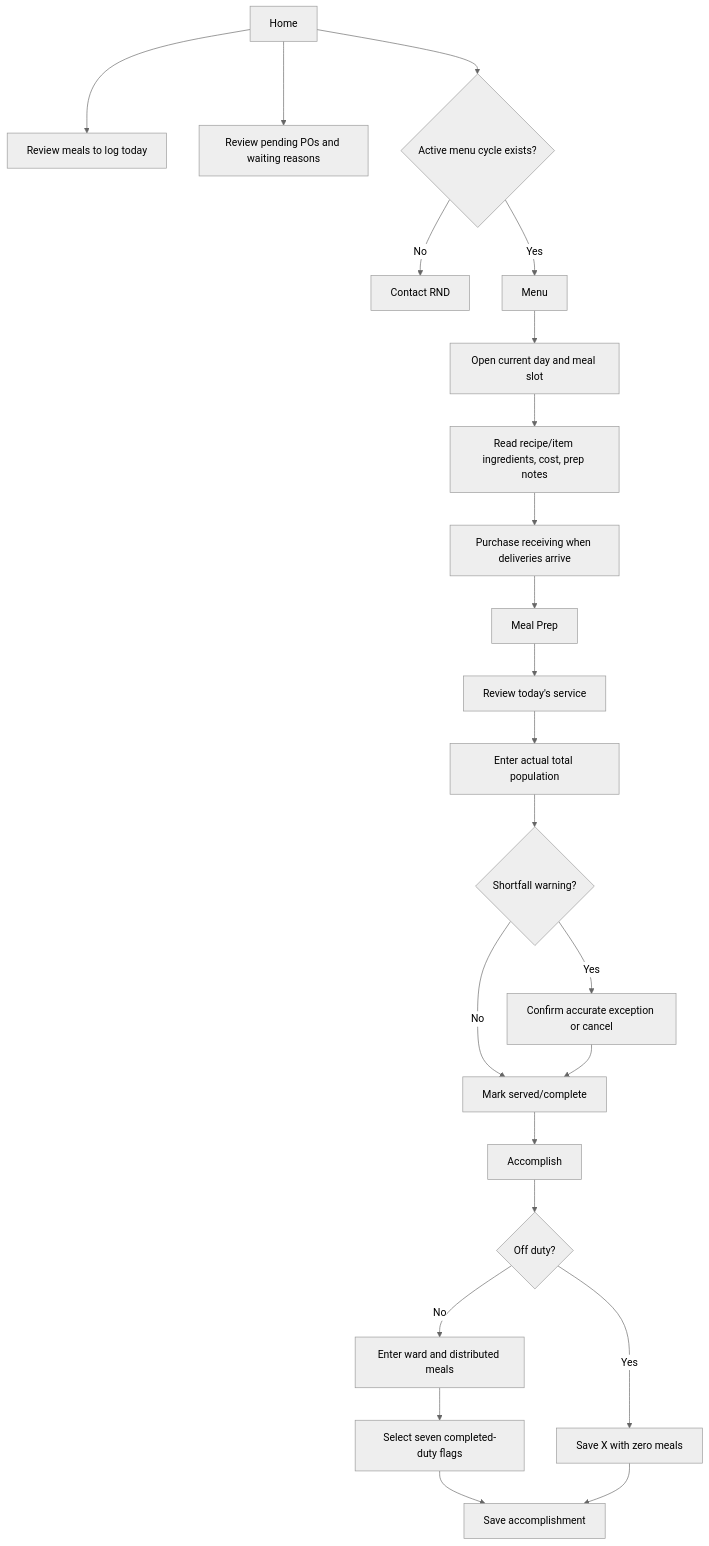
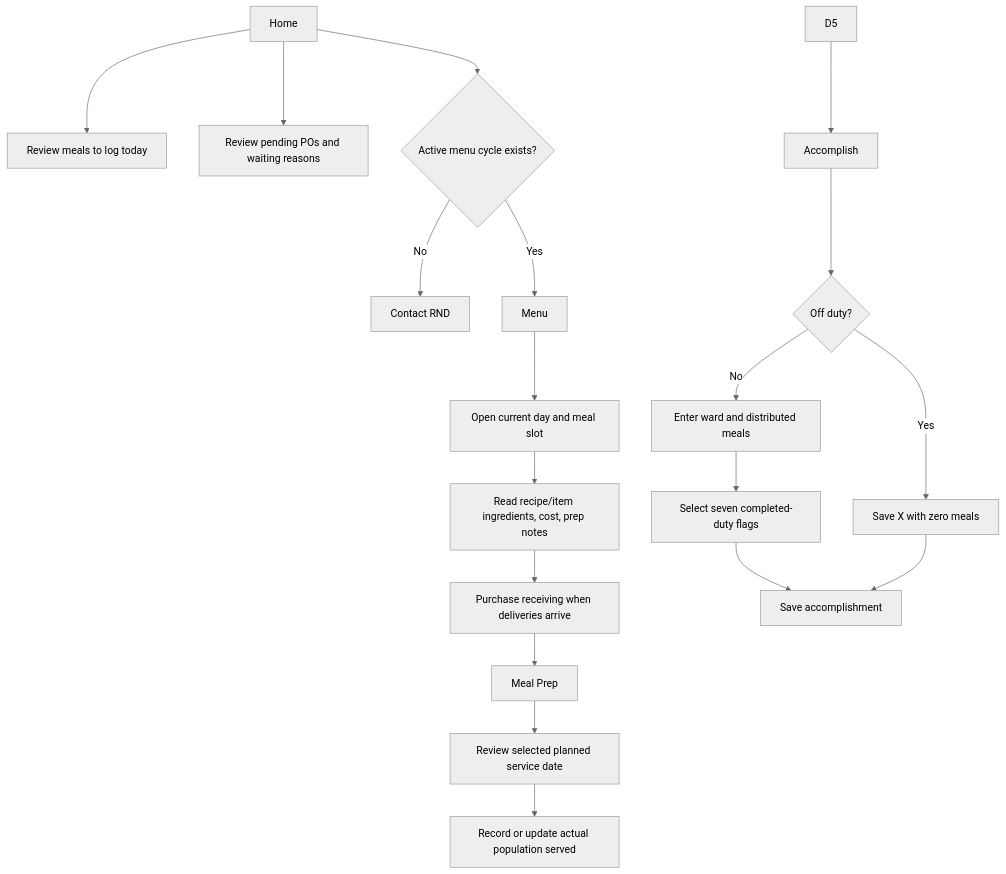
Before and after one commit to ja2gc/Nutriscope: the second of 5 diagrams in docs/modules/Flowcharts/FSS Mobile Execution Flow.md, drawn with Mermaid (neutral theme). The commit also changed other lines of this file and 99 other files, not shown here.

````diff
--- a/docs/modules/Flowcharts/FSS Mobile Execution Flow.md
+++ b/docs/modules/Flowcharts/FSS Mobile Execution Flow.md
@@ -32,26 +32,22 @@
 ```mermaid
 flowchart TD
     A["Home"] --> A1["Review meals to log today"]
     A --> A2["Review pending POs and waiting reasons"]
     A --> A3{"Active menu cycle exists?"}
     A3 -->|"No"| A4["Contact RND"]
     A3 -->|"Yes"| B["Menu"]
 
     B --> B1["Open current day and meal slot"]
     B1 --> B2["Read recipe/item ingredients, cost, prep notes"]
     B2 --> C["Purchase receiving when deliveries arrive"]
     C --> D["Meal Prep"]
-    D --> D1["Review today's service"]
-    D1 --> D2["Enter actual total population"]
-    D2 --> D3{"Shortfall warning?"}
-    D3 -->|"Yes"| D4["Confirm accurate exception or cancel"]
-    D3 -->|"No"| D5["Mark served/complete"]
-    D4 --> D5
+    D --> D1["Review selected planned service date"]
+    D1 --> D2["Record or update actual population served"]
     D5 --> E["Accomplish"]
     E --> E1{"Off duty?"}
     E1 -->|"Yes"| E2["Save X with zero meals"]
     E1 -->|"No"| E3["Enter ward and distributed meals"]
     E3 --> E4["Select seven completed-duty flags"]
     E4 --> E5["Save accomplishment"]
     E2 --> E5
 ```
````
